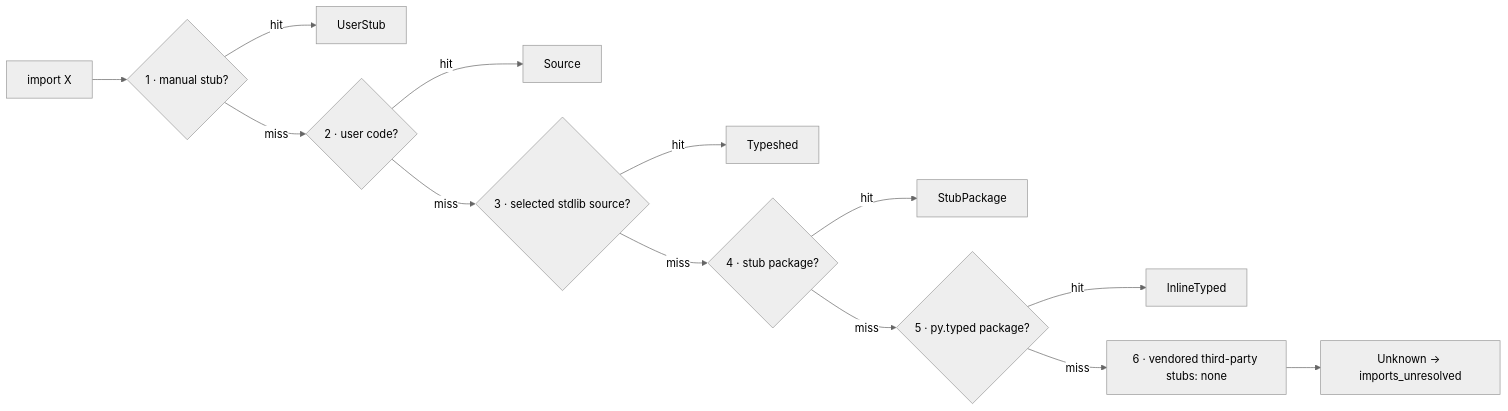
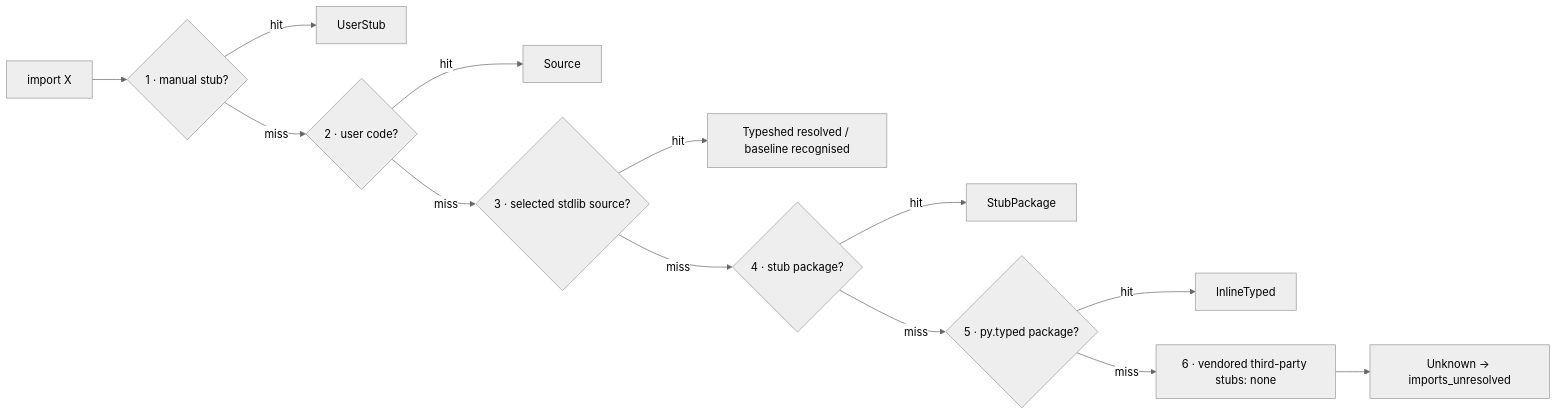
The diagram in docs/specs/CHECKER-STUB-RESOLUTION-SPEC.md (Nimblesite/Basilisk), drawn with Mermaid (neutral theme) before and after one commit. The commit also changed other lines of this file and 21 other files, not shown here.

````diff
--- a/docs/specs/CHECKER-STUB-RESOLUTION-SPEC.md
+++ b/docs/specs/CHECKER-STUB-RESOLUTION-SPEC.md
@@ -169,15 +169,15 @@
 ```mermaid
 flowchart LR
     A["import X"] --> S1{"1 · manual stub?"}
     S1 -- hit --> R1["UserStub"]
     S1 -- miss --> S2{"2 · user code?"}
     S2 -- hit --> R2["Source"]
     S2 -- miss --> S3{"3 · selected stdlib source?"}
-    S3 -- hit --> R3["Typeshed"]
+    S3 -- hit --> R3["Typeshed resolved / baseline recognised"]
     S3 -- miss --> S4{"4 · stub package?"}
     S4 -- hit --> R4["StubPackage"]
     S4 -- miss --> S5{"5 · py.typed package?"}
     S5 -- hit --> R5["InlineTyped"]
     S5 -- miss --> S6["6 · vendored third-party stubs: none"]
     S6 --> U["Unknown → imports_unresolved"]
 ```
````
